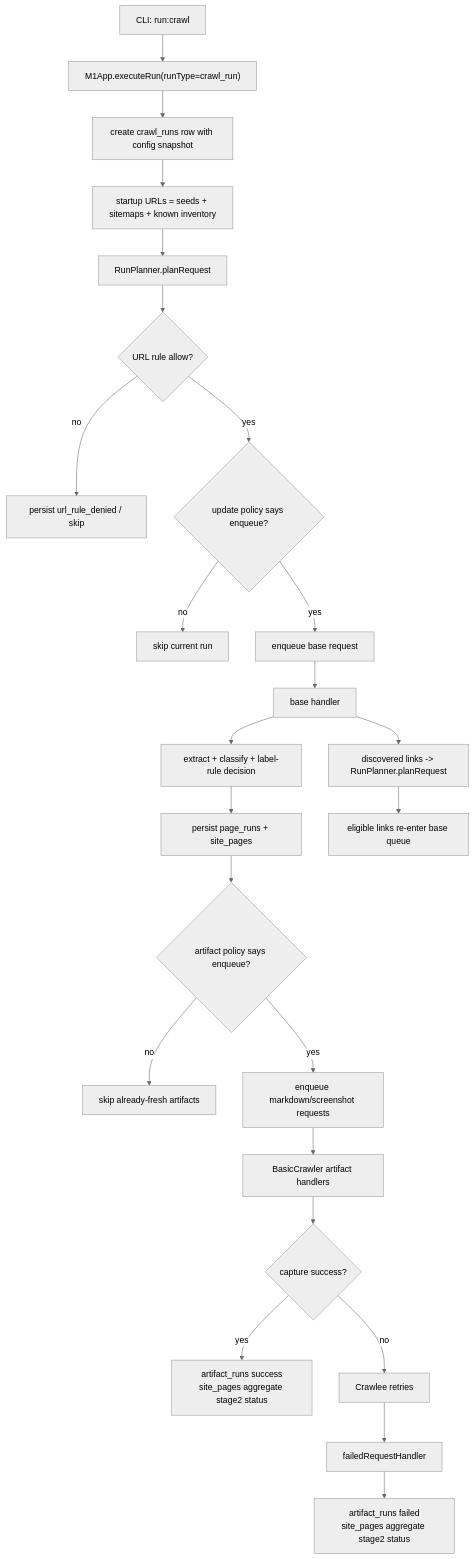
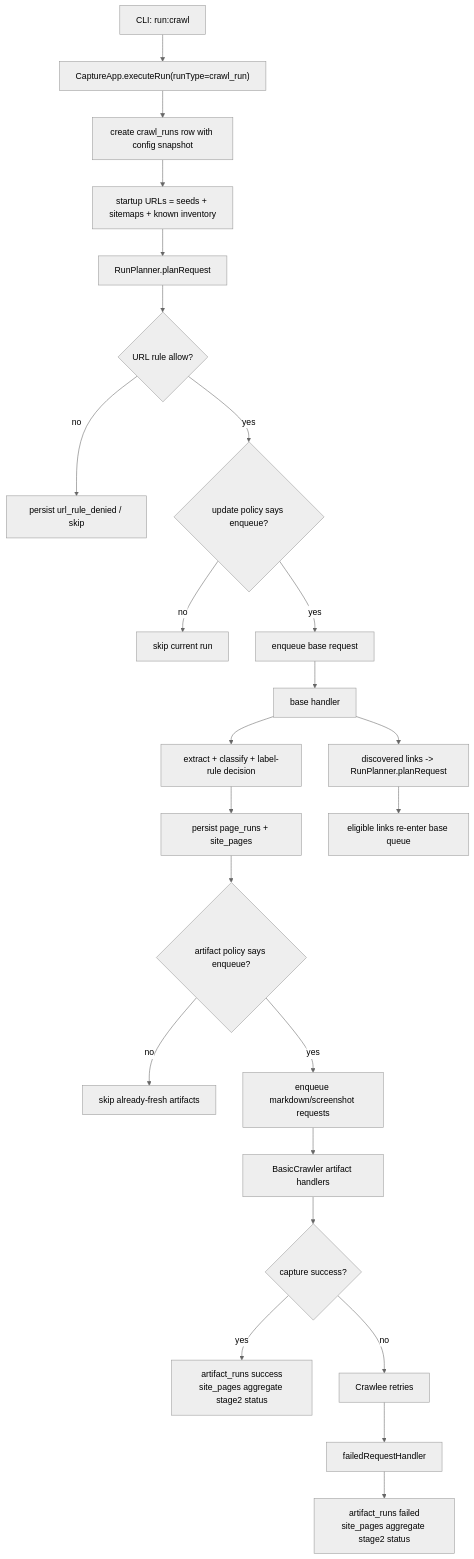
One commit to tianzhipeng-git/kvault-web-capture changed the fourth of 7 diagrams in docs/old-docs/init-m1/m1-implements.md. Above: the diagram before and after it, drawn with Mermaid (neutral theme). The commit also changed other lines of this file and 20 other files, not shown here.

````diff
--- a/docs/old-docs/init-m1/m1-implements.md
+++ b/docs/old-docs/init-m1/m1-implements.md
@@ -223,26 +223,26 @@
 ```mermaid
 flowchart TD
-    A["CLI: run:crawl"] --> B["M1App.executeRun(runType=crawl_run)"]
+    A["CLI: run:crawl"] --> B["CaptureApp.executeRun(runType=crawl_run)"]
     B --> C["create crawl_runs row with config snapshot"]
     C --> D["startup URLs = seeds + sitemaps + known inventory"]
     D --> E["RunPlanner.planRequest"]
     E --> F{"URL rule allow?"}
     F -- no --> G["persist url_rule_denied / skip"]
     F -- yes --> H{"update policy says enqueue?"}
     H -- no --> I["skip current run"]
     H -- yes --> J["enqueue base request"]
     J --> K["base handler"]
     K --> L["extract + classify + label-rule decision"]
     L --> M["persist page_runs + site_pages"]
     M --> N{"artifact policy says enqueue?"}
     N -- no --> O["skip already-fresh artifacts"]
     N -- yes --> P["enqueue markdown/screenshot requests"]
     P --> Q["BasicCrawler artifact handlers"]
     Q --> R{"capture success?"}
     R -- yes --> S["artifact_runs success\nsite_pages aggregate stage2 status"]
     R -- no --> T["Crawlee retries"]
     T --> U["failedRequestHandler"]
     U --> V["artifact_runs failed\nsite_pages aggregate stage2 status"]
     K --> W["discovered links -> RunPlanner.planRequest"]
     W --> X["eligible links re-enter base queue"]
 ```
````
